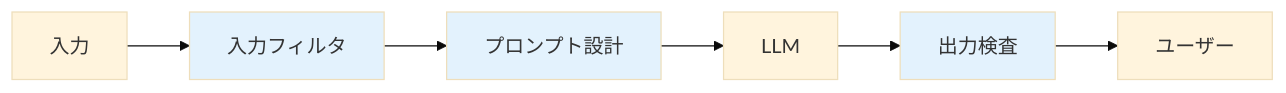
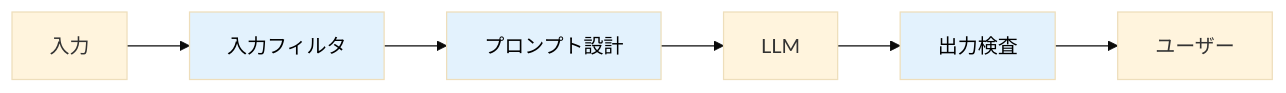
Before and after one commit to dinekt/dinekt-wiki: the third of 3 diagrams in docs/techniques/llm-レッドチーミング-意図的な攻撃で安全性を検証する.md, drawn with Mermaid (base theme). The commit also changed other lines of this file and 71 other files, not shown here.

First line of the commit message:
fix: mermaid readability + remove GitHub repo toolbar

````diff
--- a/docs/techniques/llm-レッドチーミング-意図的な攻撃で安全性を検証する.md
+++ b/docs/techniques/llm-レッドチーミング-意図的な攻撃で安全性を検証する.md
@@ -128,12 +128,12 @@
 ```mermaid
 flowchart LR
     I[入力] --> F1[入力フィルタ]
     F1 --> P[プロンプト設計]
     P --> L[LLM]
     L --> F2[出力検査]
     F2 --> U[ユーザー]
 
-    style F1 fill:#e3f2fd
-    style P fill:#e3f2fd
-    style F2 fill:#e3f2fd
+    style F1 fill:#e3f2fd,color:#000
+    style P fill:#e3f2fd,color:#000
+    style F2 fill:#e3f2fd,color:#000
 ```
````
